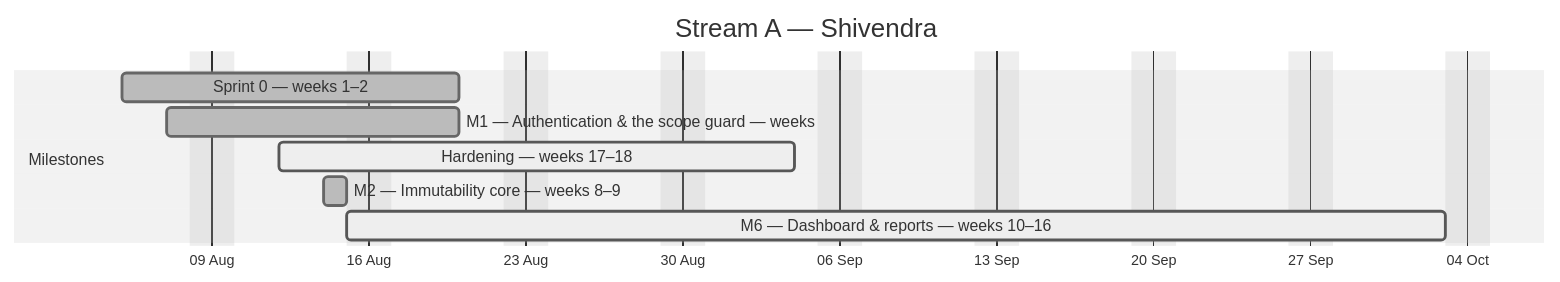
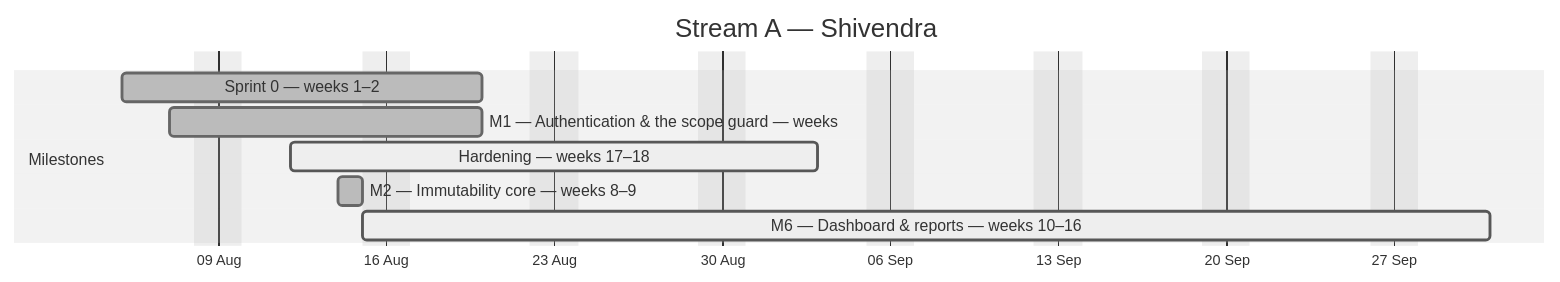
One commit to debashisedunext/EduTrack changed the first of 4 diagrams in docs/plan/GANTT.md. Above: the diagram before and after it, drawn with Mermaid (neutral theme). The commit also changed other lines of this file and 3 other files, not shown here.

````diff
--- a/docs/plan/GANTT.md
+++ b/docs/plan/GANTT.md
@@ -105,13 +102,13 @@
 ```mermaid
 gantt
     dateFormat YYYY-MM-DD
     axisFormat %d %b
     title Stream A — Shivendra
     excludes weekends
     section Milestones
     Sprint 0 — weeks 1–2 :done, a0, 2026-08-05, 11d
     M1 — Authentication & the scope guard — weeks :done, a1, 2026-08-07, 9d
-    Hardening — weeks 17–18 :active, a2, 2026-08-12, 17d
+    Hardening — weeks 17–18 :active, a2, 2026-08-12, 16d
     M2 — Immutability core — weeks 8–9 :done, a3, 2026-08-14, 1d
-    M6 — Dashboard & reports — weeks 10–16 :active, a4, 2026-08-15, 36d
+    M6 — Dashboard & reports — weeks 10–16 :active, a4, 2026-08-15, 34d
 ```
````
